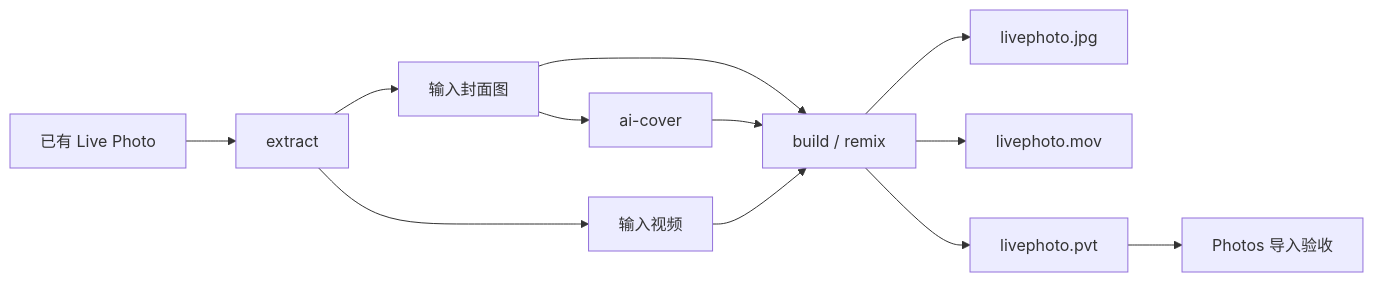
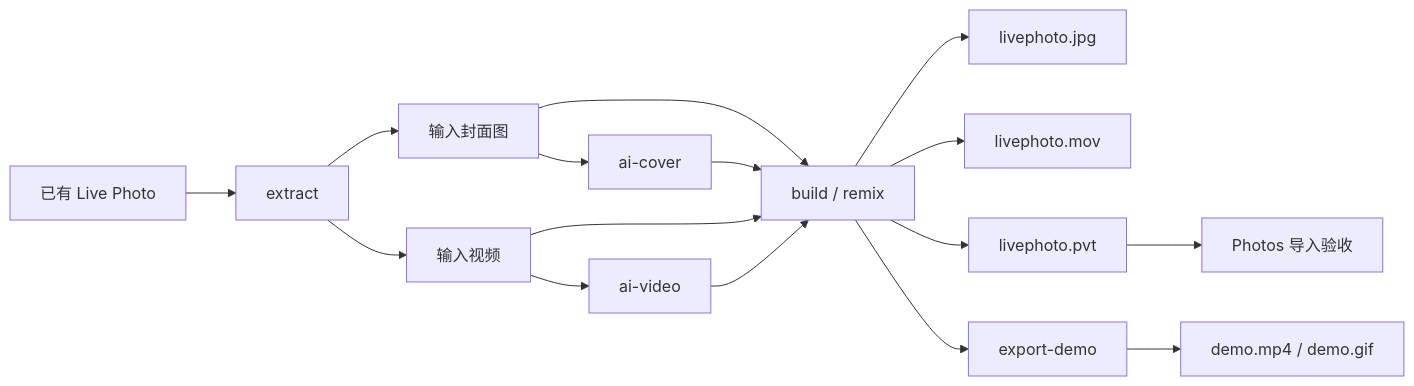
The third of 3 diagrams in content/2026-03-16-isekai-gate-live-photo.md (farmcan/blogs), drawn with Mermaid before and after one commit. The commit also changed other lines of this file and 2 other files, not shown here.

Commit message:
docs: add export demo examples

````diff
--- a/content/2026-03-16-isekai-gate-live-photo.md
+++ b/content/2026-03-16-isekai-gate-live-photo.md
@@ -201,14 +203,18 @@
 ```mermaid
 flowchart LR
     A[输入封面图] --> D[build / remix]
     B[输入视频] --> D
     C[已有 Live Photo] --> E[extract]
     E --> A
     E --> B
     A --> F[ai-cover]
+    B --> K[ai-video]
     F --> D
+    K --> D
     D --> G[livephoto.jpg]
     D --> H[livephoto.mov]
     D --> I[livephoto.pvt]
     I --> J[Photos 导入验收]
+    D --> L[export-demo]
+    L --> M[demo.mp4 / demo.gif]
 ```
````
